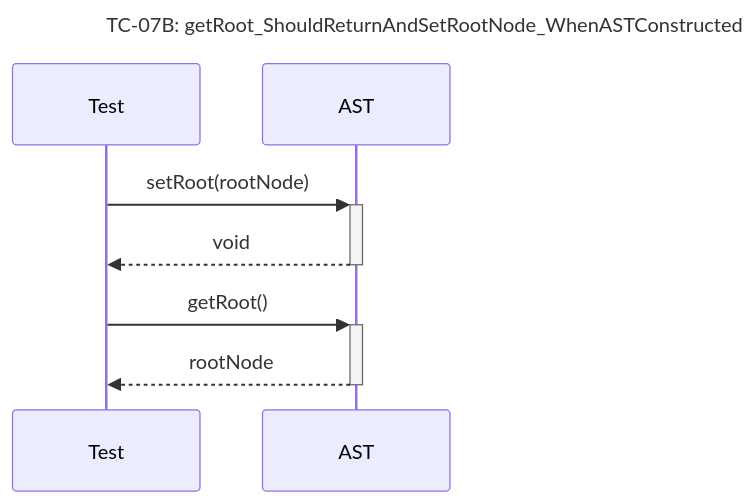
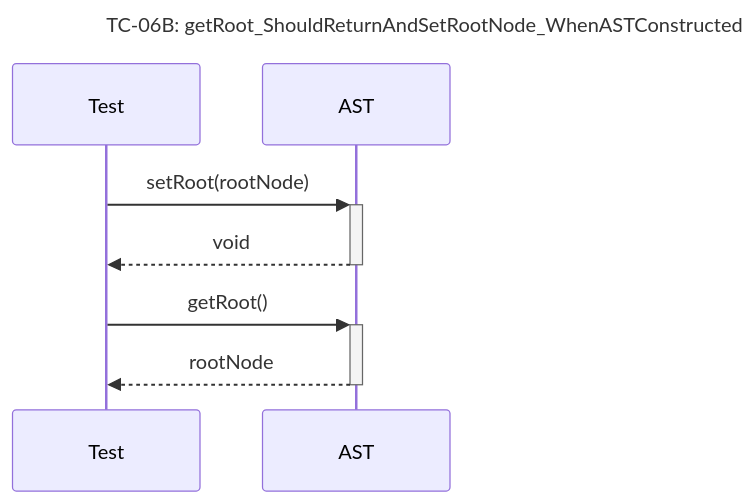
Before and after one commit to Dikhang1112/Database_Management_BBV: diagram 24 of 24 in docs/unit_test/query_prossor/SequeceTestCase.md, drawn with Mermaid. The commit also changed other lines of this file and 16 other files, not shown here.

````diff
--- a/docs/unit_test/query_prossor/SequeceTestCase.md
+++ b/docs/unit_test/query_prossor/SequeceTestCase.md
@@ -452,11 +356,11 @@
 ```mermaid
 sequenceDiagram
-    title TC-07B: getRoot_ShouldReturnAndSetRootNode_WhenASTConstructed
+    title TC-06B: getRoot_ShouldReturnAndSetRootNode_WhenASTConstructed
     participant Test
     participant AST
 
     Test->>+AST: setRoot(rootNode)
     AST-->>-Test: void
     Test->>+AST: getRoot()
     AST-->>-Test: rootNode
 ```
````
